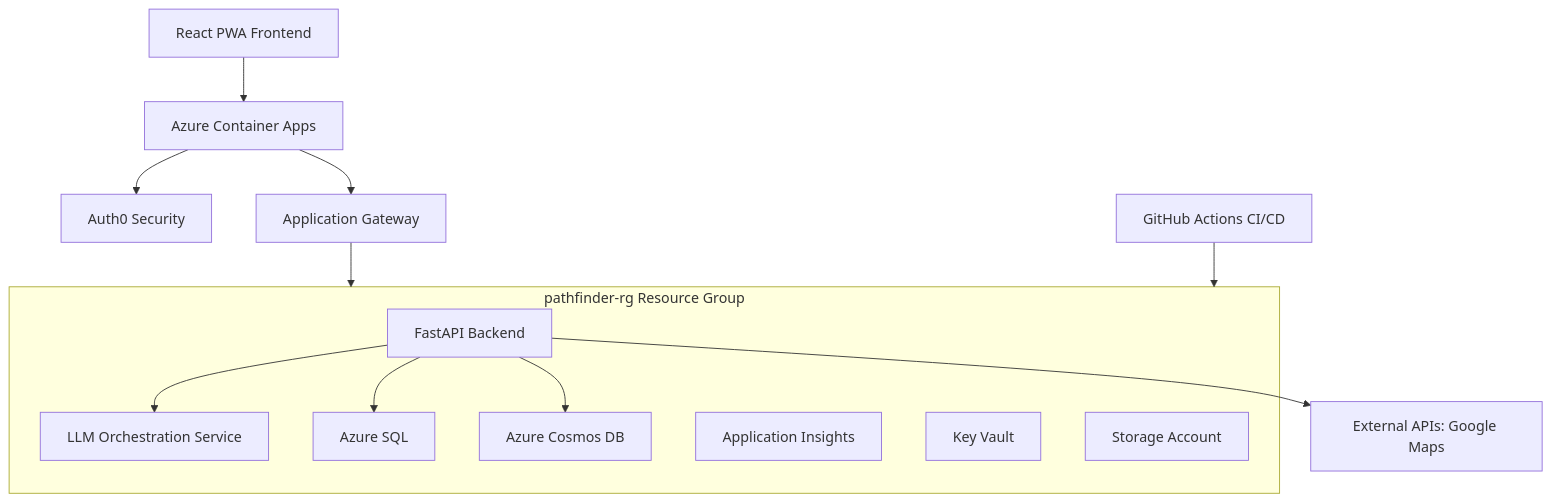
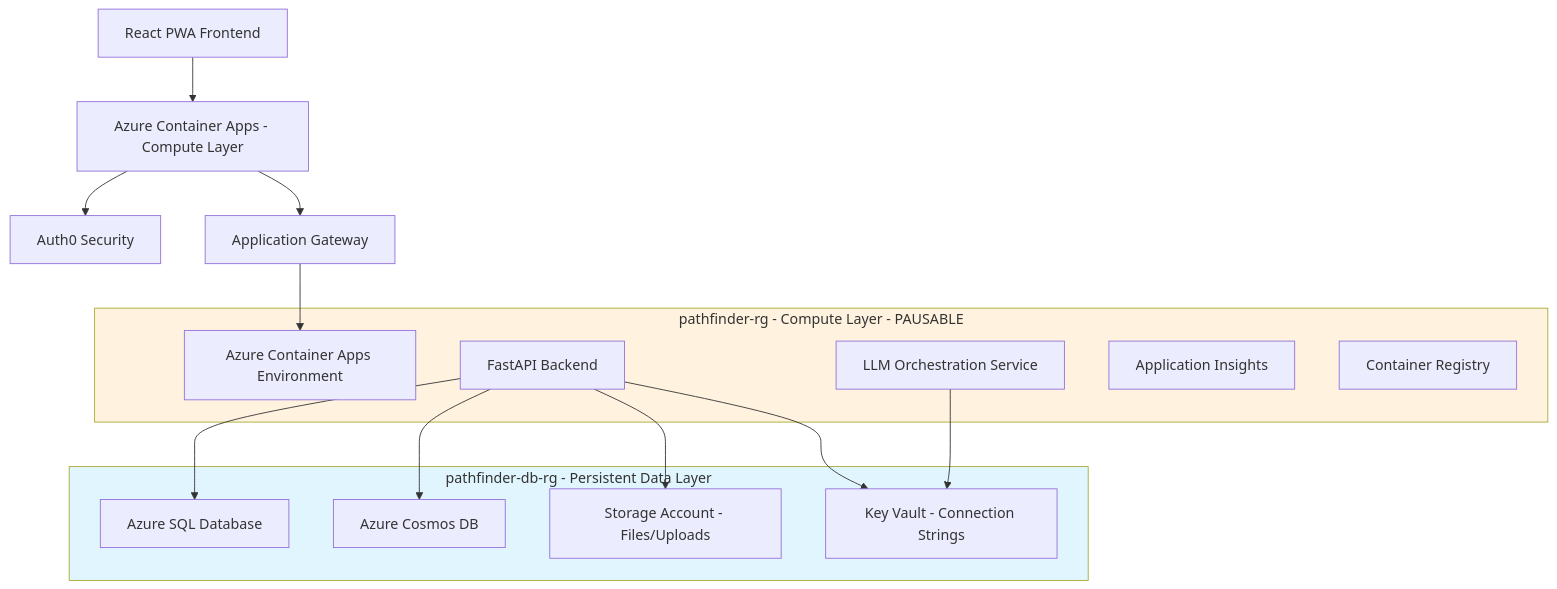
The diagram in docs/metadata.md (vedprakash-m/pathfinder), drawn with Mermaid before and after one commit. The commit also changed other lines of this file and 1 other file, not shown here.

First line of the commit message:
Update metadata with storage migration status and tomorrow's action plan

````diff
--- a/docs/metadata.md
+++ b/docs/metadata.md
@@ -38,19 +50,28 @@
 ```mermaid
 graph TB
-    A[React PWA Frontend] --> B[Azure Container Apps]
+    A[React PWA Frontend] --> B[Azure Container Apps - Compute Layer]
     B --> C[Auth0 Security] & D[Application Gateway]
     D --> E[Azure Container Apps Environment]
-    subgraph E [pathfinder-rg Resource Group]
+    
+    subgraph PersistentLayer [pathfinder-db-rg - Persistent Data Layer]
+        L[Azure SQL Database]
+        M[Azure Cosmos DB]
+        S[Storage Account - Files/Uploads]
+        K[Key Vault - Connection Strings]
+    end
+    
+    subgraph ComputeLayer [pathfinder-rg - Compute Layer - PAUSABLE]
         F[FastAPI Backend]
         H[LLM Orchestration Service]
-        L[Azure SQL]
-        M[Azure Cosmos DB]
         N[Application Insights]
-        O[Key Vault]
-        P[Storage Account]
+        R[Container Registry]
+        E
     end
-    F --> H
-    F --> L & M
-    F --> Q[External APIs: Google Maps]
-    R[GitHub Actions CI/CD] --> E
+    
+    F --> L & M & S
+    F --> K
+    H --> K
+    
+    style PersistentLayer fill:#e1f5fe
+    style ComputeLayer fill:#fff3e0
 ```
````
